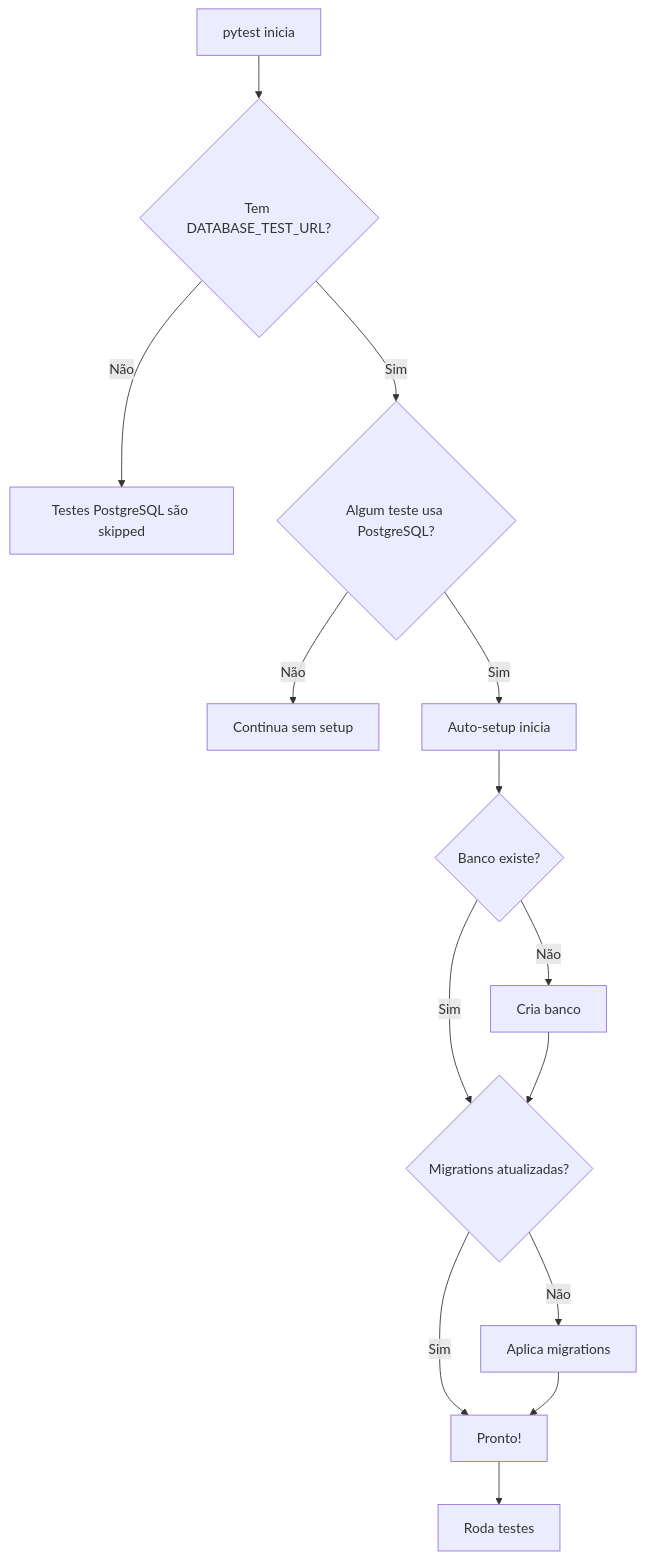
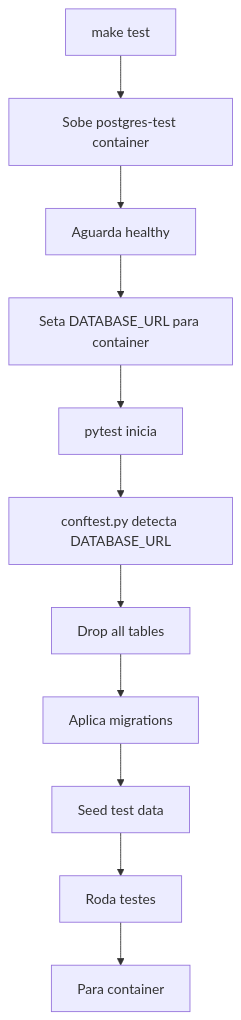
The diagram in tests/AUTO_SETUP_GUIDE.md (ciandt-fulvio/synth-lab), drawn with Mermaid before and after one commit. The commit also changed other lines of this file and 60 other files, not shown here.

````diff
--- a/tests/AUTO_SETUP_GUIDE.md
+++ b/tests/AUTO_SETUP_GUIDE.md
@@ -172,16 +166,13 @@
 ```mermaid
 graph TD
-    A[pytest inicia] --> B{Tem DATABASE_TEST_URL?}
-    B -->|Não| C[Testes PostgreSQL são skipped]
-    B -->|Sim| D{Algum teste usa PostgreSQL?}
-    D -->|Não| E[Continua sem setup]
-    D -->|Sim| F[Auto-setup inicia]
-    F --> G{Banco existe?}
-    G -->|Não| H[Cria banco]
-    G -->|Sim| I{Migrations atualizadas?}
-    H --> I
-    I -->|Não| J[Aplica migrations]
-    I -->|Sim| K[Pronto!]
-    J --> K
-    K --> L[Roda testes]
+    A[make test] --> B[Sobe postgres-test container]
+    B --> C[Aguarda healthy]
+    C --> D[Seta DATABASE_URL para container]
+    D --> E[pytest inicia]
+    E --> F[conftest.py detecta DATABASE_URL]
+    F --> G[Drop all tables]
+    G --> H[Aplica migrations]
+    H --> I[Seed test data]
+    I --> J[Roda testes]
+    J --> K[Para container]
 ```
````
